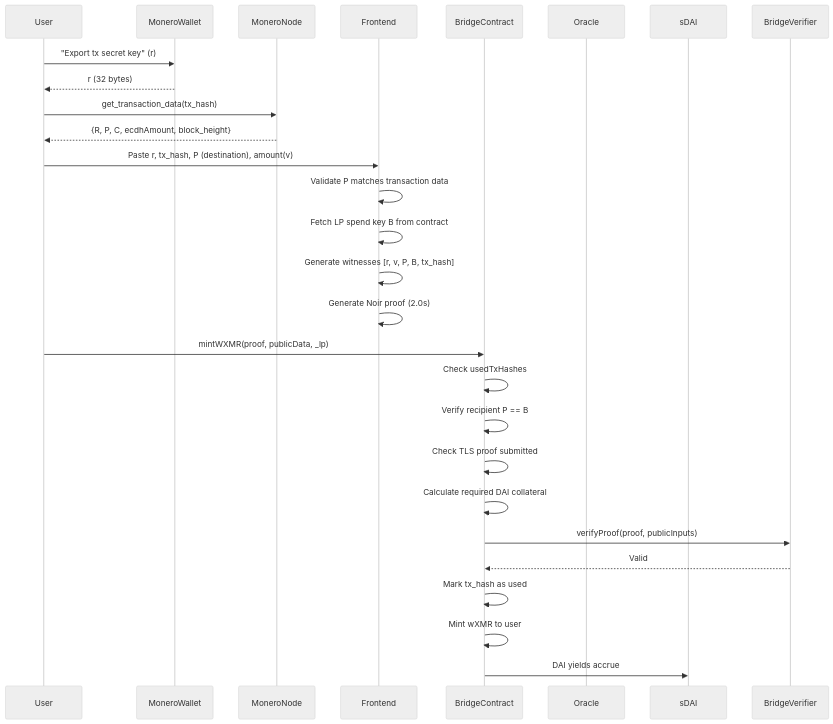
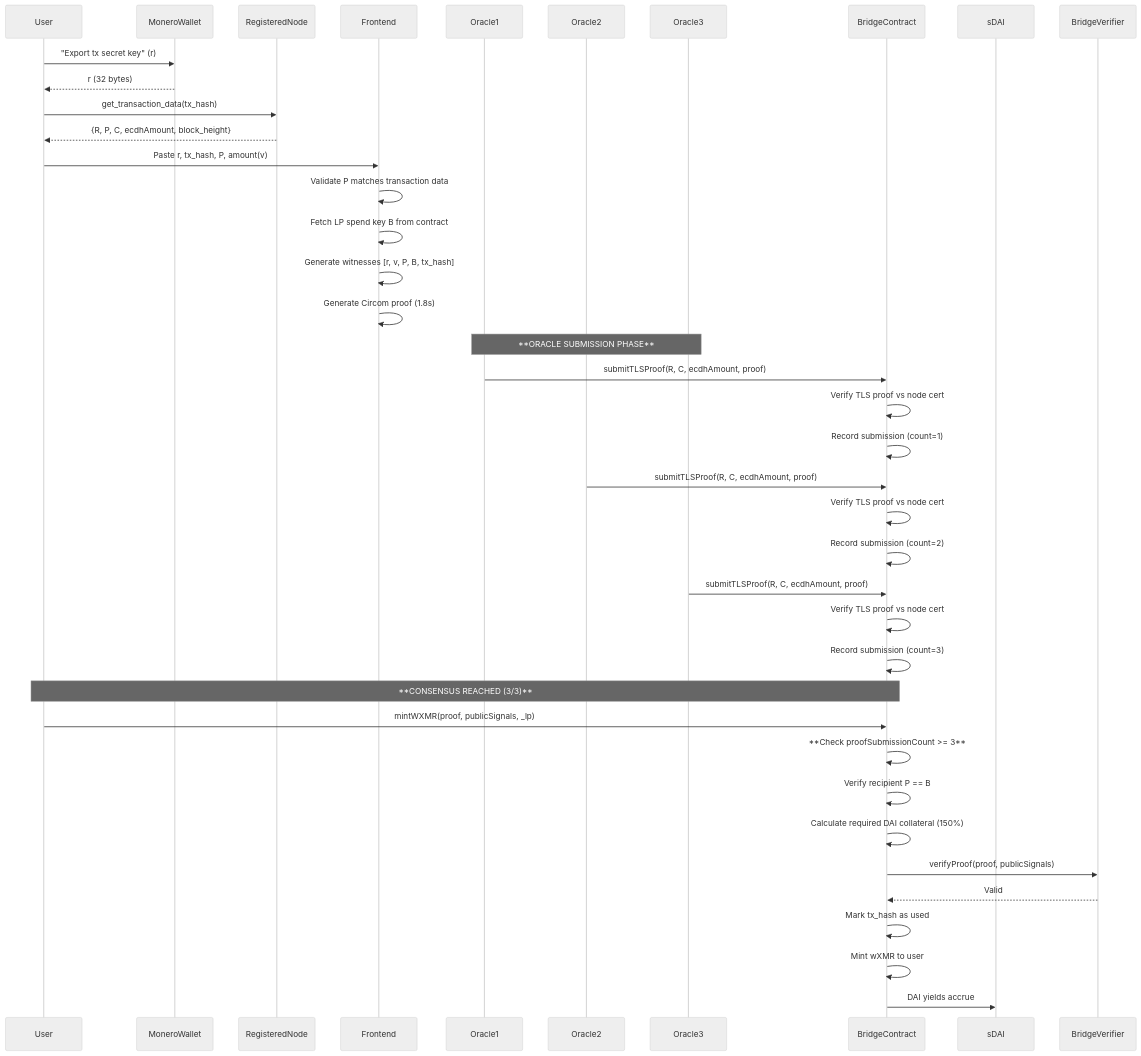
Before and after one commit to madschristensen99/fungerbil: the first of 2 diagrams in SYNTHWRAP.md, drawn with Mermaid (neutral theme). The commit also changed other lines of this file, not shown here.

Commit message:
bring back burn diagram, update to circom, governance changes

````diff
--- a/SYNTHWRAP.md
+++ b/SYNTHWRAP.md
@@ -847,31 +925,45 @@
 ```mermaid
 sequenceDiagram
     participant User
     participant MoneroWallet
-    participant MoneroNode
+    participant RegisteredNode
     participant Frontend
+    participant Oracle1
+    participant Oracle2
+    participant Oracle3
     participant BridgeContract
-    participant Oracle
     participant sDAI
 
     User->>MoneroWallet: "Export tx secret key" (r)
     MoneroWallet-->>User: r (32 bytes)
-    User->>MoneroNode: get_transaction_data(tx_hash)
-    MoneroNode-->>User: {R, P, C, ecdhAmount, block_height}
-    User->>Frontend: Paste r, tx_hash, P (destination), amount(v)
+    User->>RegisteredNode: get_transaction_data(tx_hash)
+    RegisteredNode-->>User: {R, P, C, ecdhAmount, block_height}
+    User->>Frontend: Paste r, tx_hash, P, amount(v)
     Frontend->>Frontend: Validate P matches transaction data
     Frontend->>Frontend: Fetch LP spend key B from contract
     Frontend->>Frontend: Generate witnesses [r, v, P, B, tx_hash]
-    Frontend->>Frontend: Generate Noir proof (2.0s)
+    Frontend->>Frontend: Generate Circom proof (1.8s)
     
-    User->>BridgeContract: mintWXMR(proof, publicData, _lp)
-    BridgeContract->>BridgeContract: Check usedTxHashes
+    Note over Oracle1,Oracle3: **ORACLE SUBMISSION PHASE**
+    Oracle1->>BridgeContract: submitTLSProof(R, C, ecdhAmount, proof)
+    BridgeContract->>BridgeContract: Verify TLS proof vs node cert
+    BridgeContract->>BridgeContract: Record submission (count=1)
+    Oracle2->>BridgeContract: submitTLSProof(R, C, ecdhAmount, proof)
+    BridgeContract->>BridgeContract: Verify TLS proof vs node cert
+    BridgeContract->>BridgeContract: Record submission (count=2)
+    Oracle3->>BridgeContract: submitTLSProof(R, C, ecdhAmount, proof)
+    BridgeContract->>BridgeContract: Verify TLS proof vs node cert
+    BridgeContract->>BridgeContract: Record submission (count=3)
+    
+    Note over User,BridgeContract: **CONSENSUS REACHED (3/3)**
+    
+    User->>BridgeContract: mintWXMR(proof, publicSignals, _lp)
+    BridgeContract->>BridgeContract: **Check proofSubmissionCount >= 3**
     BridgeContract->>BridgeContract: Verify recipient P == B
-    BridgeContract->>BridgeContract: Check TLS proof submitted
-    BridgeContract->>BridgeContract: Calculate required DAI collateral
-    BridgeContract->>BridgeVerifier: verifyProof(proof, publicInputs)
+    BridgeContract->>BridgeContract: Calculate required DAI collateral (150%)
+    BridgeContract->>BridgeVerifier: verifyProof(proof, publicSignals)
     BridgeVerifier-->>BridgeContract: Valid
     BridgeContract->>BridgeContract: Mark tx_hash as used
     BridgeContract->>BridgeContract: Mint wXMR to user
     BridgeContract->>sDAI: DAI yields accrue
 ```
````
